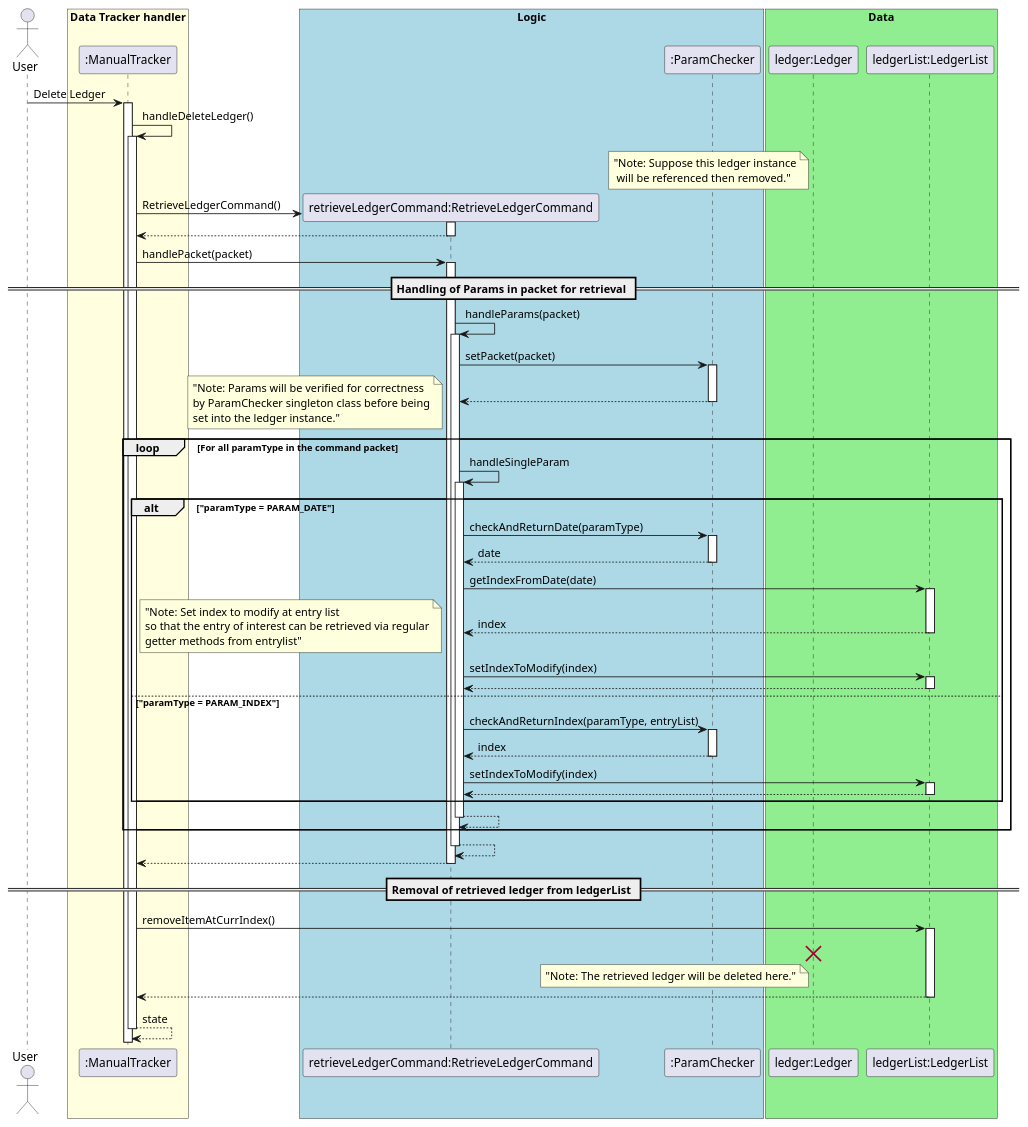
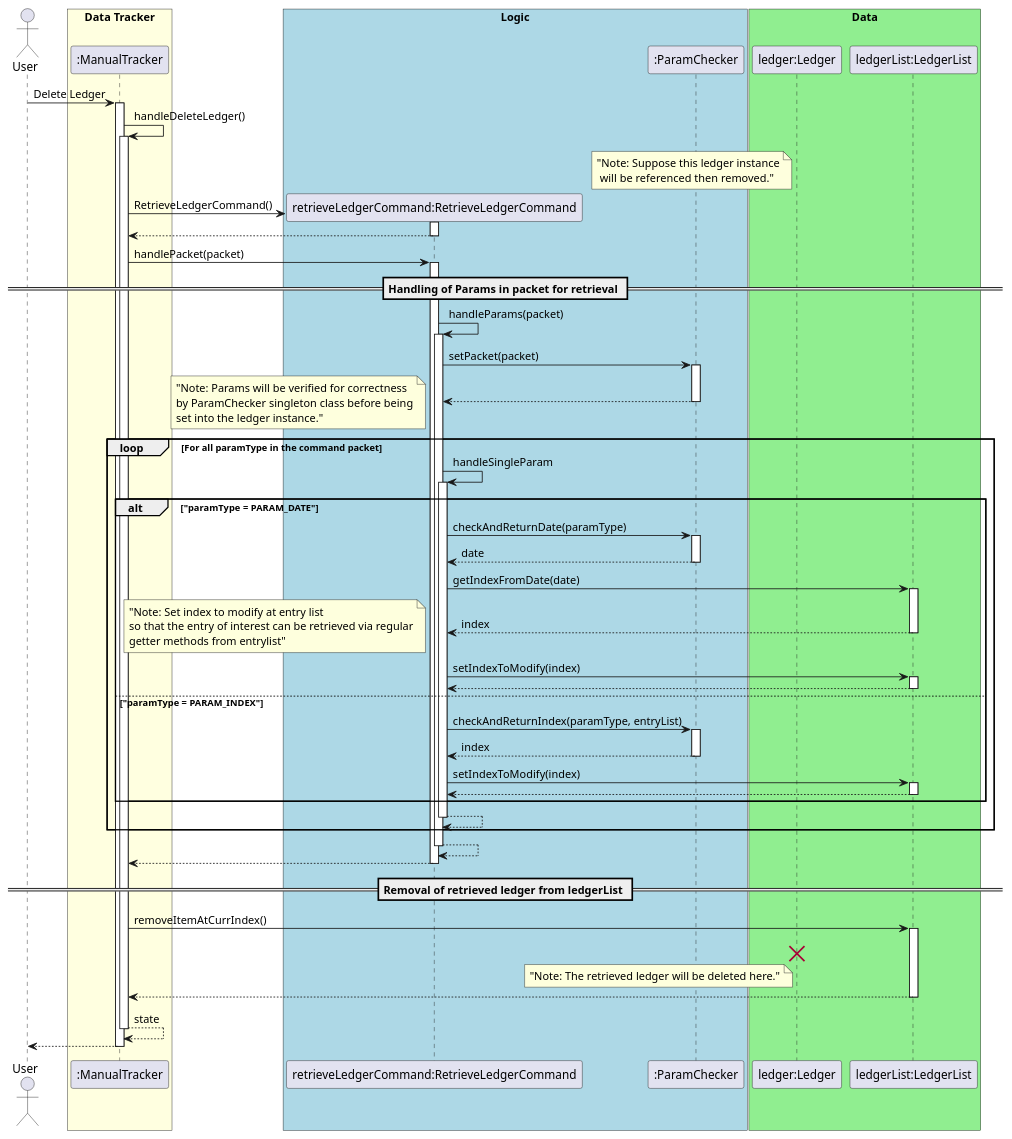
One commit to nus-cs2113-AY2021S1/tp changed the diagram in docs/uml_images/manualTracker/manualTrackerDeleteLedgerSeqDiagram.puml. Above: the diagram before and after it, drawn with PlantUML. The commit also changed 32 other files, not shown here.

```diff
--- a/docs/uml_images/manualTracker/manualTrackerDeleteLedgerSeqDiagram.puml
+++ b/docs/uml_images/manualTracker/manualTrackerDeleteLedgerSeqDiagram.puml
@@ -1,60 +1,69 @@
 @startuml
 autoactivate on
 
 actor User
+skinparam shadowing false
+skinparam sequence {
+ActorBorderColor white
 
+ActorBackgroundColor white
+ActorFontColor white
+ActorFontSize 17
+ActorFontName ""
+}
 User-> ":ManualTracker": Delete Ledger
 
 ":ManualTracker" ->":ManualTracker": handleDeleteLedger()
    note left "ledger:Ledger" : "Note: Suppose this ledger instance\n will be referenced then removed."
    create "retrieveLedgerCommand:RetrieveLedgerCommand"
    ":ManualTracker"-> "retrieveLedgerCommand:RetrieveLedgerCommand" : RetrieveLedgerCommand()
    return
 
    ":ManualTracker"-> "retrieveLedgerCommand:RetrieveLedgerCommand" : handlePacket(packet)
         == Handling of Params in packet for retrieval ==
         "retrieveLedgerCommand:RetrieveLedgerCommand" -> "retrieveLedgerCommand:RetrieveLedgerCommand" : handleParams(packet)
             "retrieveLedgerCommand:RetrieveLedgerCommand" -> ":ParamChecker" : setPacket(packet)
             return
             loop For all paramType in the command packet
                 note left: "Note: Params will be verified for correctness\nby ParamChecker singleton class before being\nset into the ledger instance."
                 "retrieveLedgerCommand:RetrieveLedgerCommand" -> "retrieveLedgerCommand:RetrieveLedgerCommand" : handleSingleParam
                     alt "paramType = PARAM_DATE"
                         "retrieveLedgerCommand:RetrieveLedgerCommand" ->":ParamChecker": checkAndReturnDate(paramType)
                         return date
                         "retrieveLedgerCommand:RetrieveLedgerCommand" -> "ledgerList:LedgerList" : getIndexFromDate(date)
                         return index
                         note left: "Note: Set index to modify at entry list\nso that the entry of interest can be retrieved via regular\ngetter methods from entrylist"
                         "retrieveLedgerCommand:RetrieveLedgerCommand" -> "ledgerList:LedgerList" : setIndexToModify(index)
                         return
                     else "paramType = PARAM_INDEX"
                         "retrieveLedgerCommand:RetrieveLedgerCommand" ->":ParamChecker": checkAndReturnIndex(paramType, entryList)
                         return index
                         "retrieveLedgerCommand:RetrieveLedgerCommand" -> "ledgerList:LedgerList" : setIndexToModify(index)
                         return
                     end
                 return
             end
         return
    return
    == Removal of retrieved ledger from ledgerList ==
    ":ManualTracker"-> "ledgerList:LedgerList" : removeItemAtCurrIndex()
    note left "ledger:Ledger": "Note: The retrieved ledger will be deleted here."
    destroy "ledger:Ledger"
    return
 return state
+return
 
-box "Data Tracker handler" #LightYellow
+box "Data Tracker" #LightYellow
 participant ":ManualTracker"
 endBox
 
 box "Logic" #LightBlue
 participant "retrieveLedgerCommand:RetrieveLedgerCommand"
 participant ":ParamChecker"
 endBox
 
 box "Data" #LightGreen
 participant "ledger:Ledger"
 participant "ledgerList:LedgerList"
 endBox
 @enduml
```
